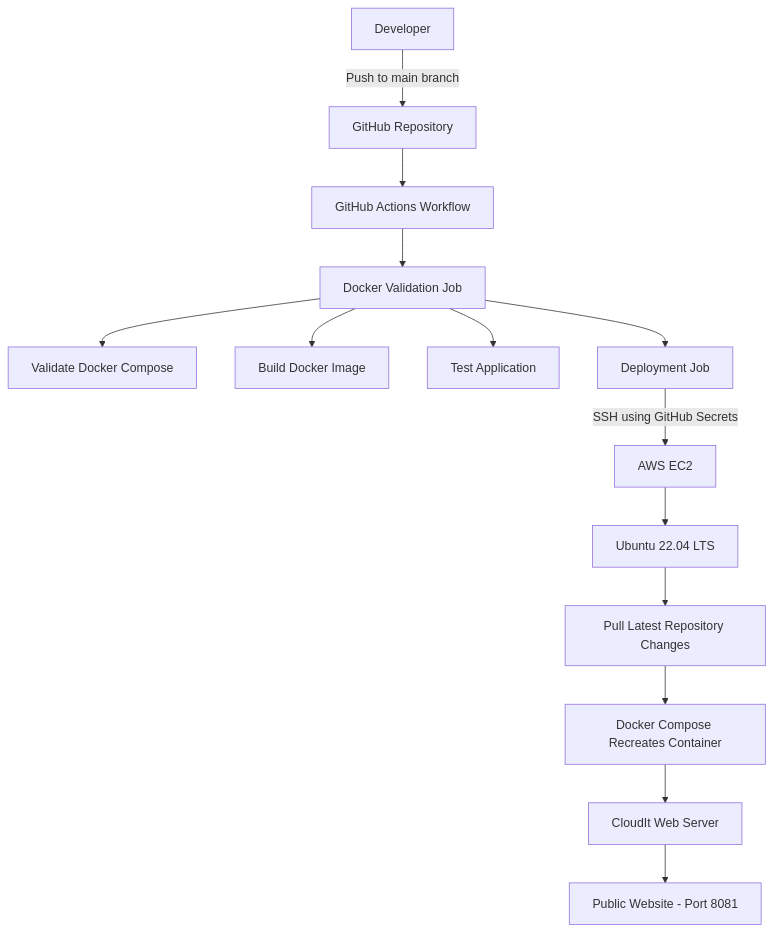
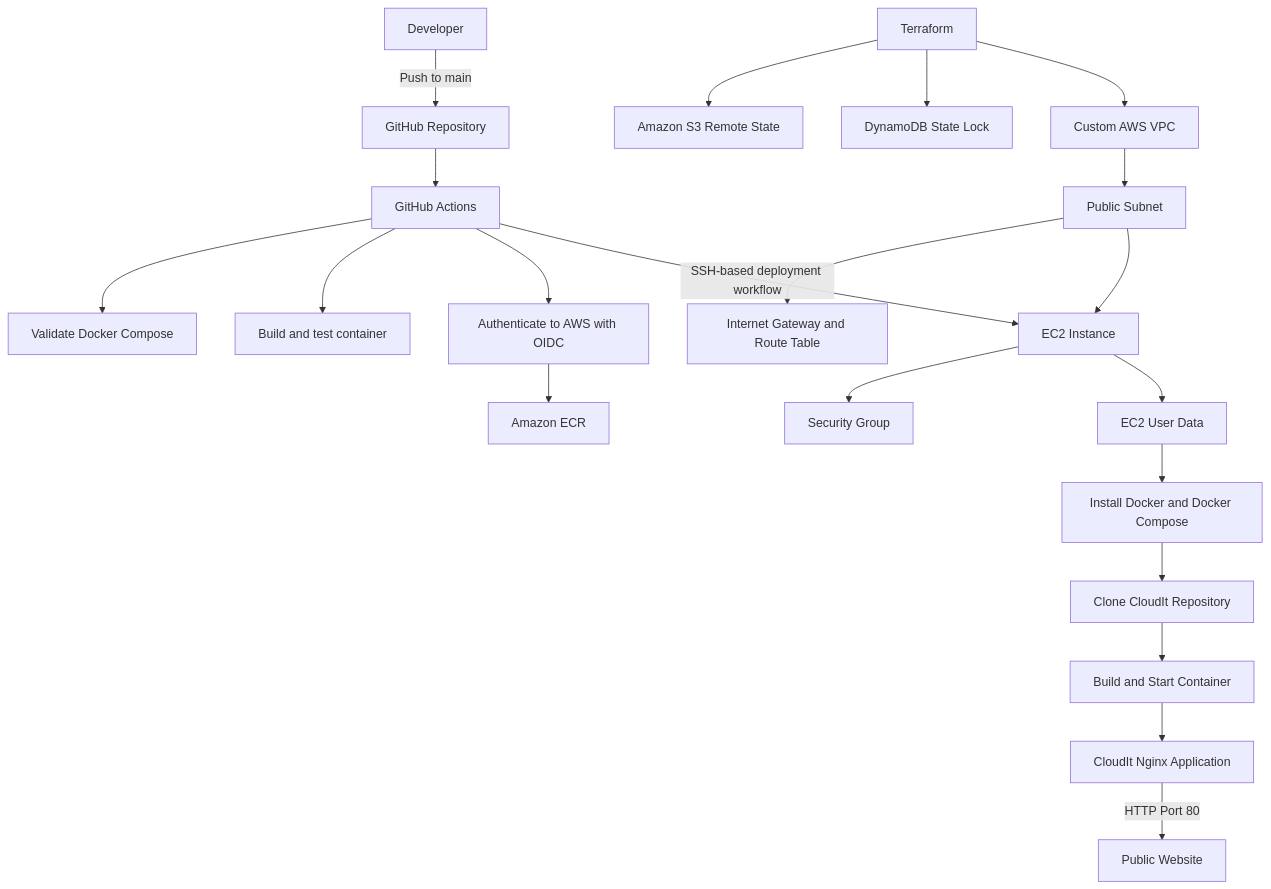
One commit to krish307/cloudit changed the diagram in README.md. Above: the diagram before and after it, drawn with Mermaid. The commit also changed other lines of this file and 7 other files, not shown here.

````diff
--- a/README.md
+++ b/README.md
@@ -59,20 +73,28 @@
 ```mermaid
 flowchart TD
-    A[Developer] -->|Push to main branch| B[GitHub Repository]
+    A[Developer] -->|Push to main| B[GitHub Repository]
 
-    B --> C[GitHub Actions Workflow]
+    B --> C[GitHub Actions]
+    C --> C1[Validate Docker Compose]
+    C --> C2[Build and test container]
+    C --> C3[Authenticate to AWS with OIDC]
+    C3 --> D[Amazon ECR]
 
-    C --> D[Docker Validation Job]
-    D --> D1[Validate Docker Compose]
-    D --> D2[Build Docker Image]
-    D --> D3[Test Application]
+    E[Terraform] --> F[Amazon S3 Remote State]
+    E --> G[DynamoDB State Lock]
+    E --> H[Custom AWS VPC]
 
-    D --> E[Deployment Job]
-    E -->|SSH using GitHub Secrets| F[AWS EC2]
+    H --> I[Public Subnet]
+    I --> J[Internet Gateway and Route Table]
+    I --> K[EC2 Instance]
+    K --> L[Security Group]
 
-    F --> G[Ubuntu 22.04 LTS]
-    G --> H[Pull Latest Repository Changes]
-    H --> I[Docker Compose Recreates Container]
-    I --> J[CloudIt Web Server]
-    J --> K[Public Website - Port 8081]
+    K --> M[EC2 User Data]
+    M --> N[Install Docker and Docker Compose]
+    N --> O[Clone CloudIt Repository]
+    O --> P[Build and Start Container]
+    P --> Q[CloudIt Nginx Application]
+    Q -->|HTTP Port 80| R[Public Website]
+
+    C -->|SSH-based deployment workflow| K
 ```
````
